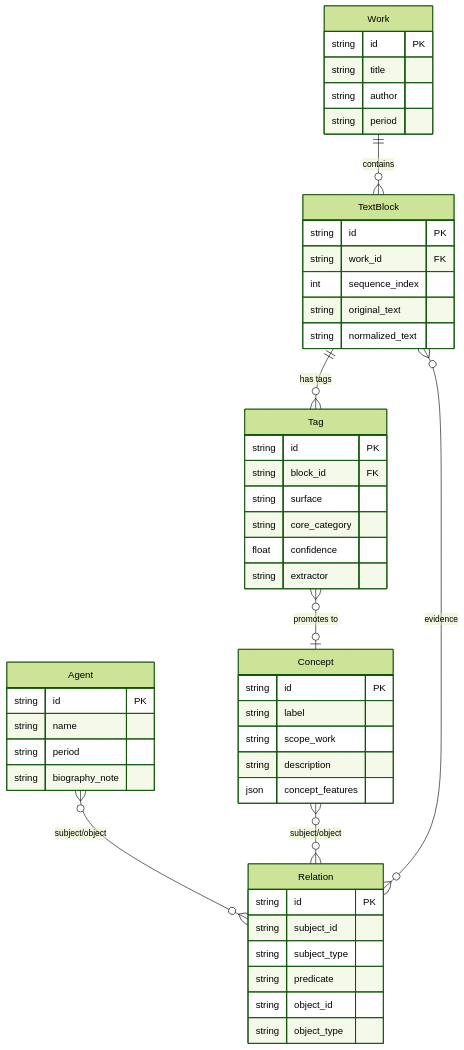
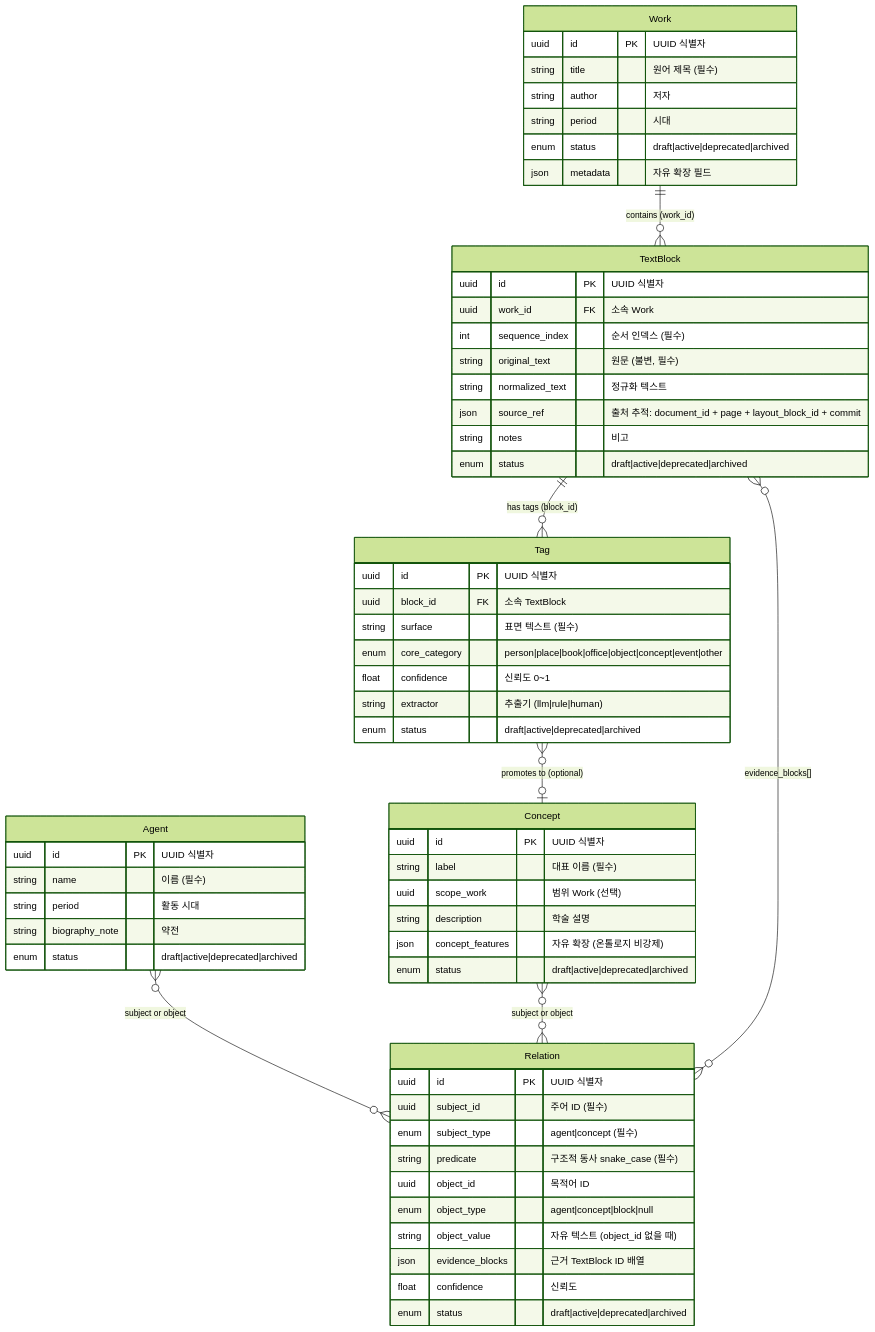
The third of 12 diagrams in docs/architecture-diagrams.md (hw725/classical-text-browser), drawn with Mermaid (forest theme) before and after one commit. The commit also changed other lines of this file and 2 other files, not shown here.

First line of the commit message:
docs: 아키텍처/스키마 문서 Mermaid 다이어그램으로 전면 재작성

````diff
--- a/docs/architecture-diagrams.md
+++ b/docs/architecture-diagrams.md
@@ -179,57 +196,69 @@
 ```mermaid
 erDiagram
-  Work ||--o{ TextBlock : contains
-  TextBlock ||--o{ Tag : "has tags"
-  Tag }o--o| Concept : "promotes to"
-  Agent }o--o{ Relation : "subject/object"
-  Concept }o--o{ Relation : "subject/object"
-  TextBlock }o--o{ Relation : "evidence"
+  Work ||--o{ TextBlock : "contains (work_id)"
+  TextBlock ||--o{ Tag : "has tags (block_id)"
+  Tag }o--o| Concept : "promotes to (optional)"
+  Agent }o--o{ Relation : "subject or object"
+  Concept }o--o{ Relation : "subject or object"
+  TextBlock }o--o{ Relation : "evidence_blocks[]"
 
   Work {
-    string id PK
-    string title
-    string author
-    string period
+    uuid id PK "UUID 식별자"
+    string title "원어 제목 (필수)"
+    string author "저자"
+    string period "시대"
+    enum status "draft|active|deprecated|archived"
+    json metadata "자유 확장 필드"
   }
 
   TextBlock {
-    string id PK
-    string work_id FK
-    int sequence_index
-    string original_text
-    string normalized_text
+    uuid id PK "UUID 식별자"
+    uuid work_id FK "소속 Work"
+    int sequence_index "순서 인덱스 (필수)"
+    string original_text "원문 (불변, 필수)"
+    string normalized_text "정규화 텍스트"
+    json source_ref "출처 추적: document_id + page + layout_block_id + commit"
+    string notes "비고"
+    enum status "draft|active|deprecated|archived"
   }
 
   Tag {
-    string id PK
-    string block_id FK
-    string surface
-    string core_category
-    float confidence
-    string extractor
+    uuid id PK "UUID 식별자"
+    uuid block_id FK "소속 TextBlock"
+    string surface "표면 텍스트 (필수)"
+    enum core_category "person|place|book|office|object|concept|event|other"
+    float confidence "신뢰도 0~1"
+    string extractor "추출기 (llm|rule|human)"
+    enum status "draft|active|deprecated|archived"
   }
 
   Concept {
-    string id PK
-    string label
-    string scope_work
-    string description
-    json concept_features
+    uuid id PK "UUID 식별자"
+    string label "대표 이름 (필수)"
+    uuid scope_work "범위 Work (선택)"
+    string description "학술 설명"
+    json concept_features "자유 확장 (온톨로지 비강제)"
+    enum status "draft|active|deprecated|archived"
   }
 
   Agent {
-    string id PK
-    string name
-    string period
-    string biography_note
+    uuid id PK "UUID 식별자"
+    string name "이름 (필수)"
+    string period "활동 시대"
+    string biography_note "약전"
+    enum status "draft|active|deprecated|archived"
   }
 
   Relation {
-    string id PK
-    string subject_id
-    string subject_type
-    string predicate
-    string object_id
-    string object_type
+    uuid id PK "UUID 식별자"
+    uuid subject_id "주어 ID (필수)"
+    enum subject_type "agent|concept (필수)"
+    string predicate "구조적 동사 snake_case (필수)"
+    uuid object_id "목적어 ID"
+    enum object_type "agent|concept|block|null"
+    string object_value "자유 텍스트 (object_id 없을 때)"
+    json evidence_blocks "근거 TextBlock ID 배열"
+    float confidence "신뢰도"
+    enum status "draft|active|deprecated|archived"
   }
 ```
````
